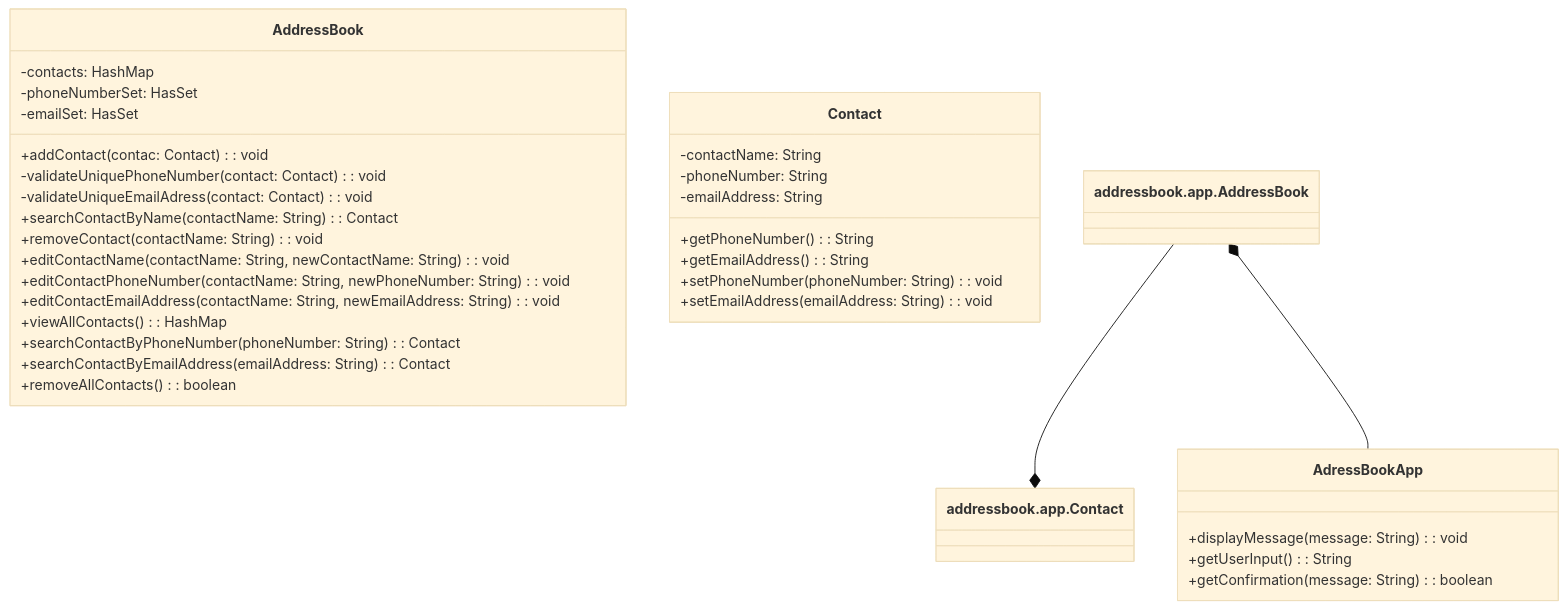
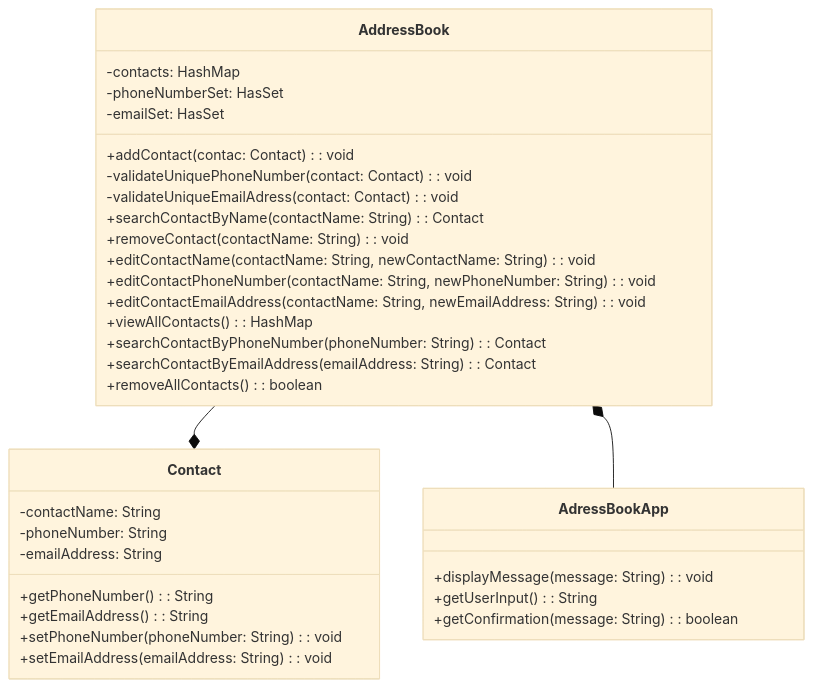
One commit to Cristina-Pat/address-book changed the diagram in docs/domain-models-test-plan.md. Above: the diagram before and after it, drawn with Mermaid (base theme). The commit also changed other lines of this file and 2 other files, not shown here.

Commit message:
Implemented a simple REPL for user ineraction with the app

````diff
--- a/docs/domain-models-test-plan.md
+++ b/docs/domain-models-test-plan.md
@@ -60,43 +99,43 @@
 ``` mermaid
 classDiagram
   class AddressBook {
     %% these are the core features
     -contacts: HashMap<String, Contact> 
     -phoneNumberSet: HasSet<String>
     -emailSet: HasSet<String>
     +addContact(contac: Contact): void
     -validateUniquePhoneNumber(contact: Contact): void
     -validateUniqueEmailAdress(contact: Contact): void
     +searchContactByName(contactName: String): Contact
     +removeContact(contactName: String): void
     +editContactName(contactName: String, newContactName: String): void
     +editContactPhoneNumber(contactName: String, newPhoneNumber: String): void
     +editContactEmailAddress(contactName: String, newEmailAddress: String): void
     +viewAllContacts(): HashMap<String, Contact>
     %% these are the aditional features
     +searchContactByPhoneNumber(phoneNumber: String): Contact
     +searchContactByEmailAddress(emailAddress: String): Contact
     +removeAllContacts(): boolean
   }
 
   class Contact {
     -contactName: String
     -phoneNumber: String
     -emailAddress: String
     +getPhoneNumber(): String
     +getEmailAddress(): String
     +setPhoneNumber(phoneNumber: String): void
     +setEmailAddress(emailAddress: String): void
   }
 
 
   class AdressBookApp {
     +displayMessage(message: String): void
     +getUserInput(): String
     %% This is a part of the aditional features
     +getConfirmation(message: String): boolean
   }
 
-  addressbook.app.AddressBook --* addressbook.app.Contact
-  addressbook.app.AddressBook *-- AdressBookApp
+  AddressBook --* Contact
+  AddressBook *-- AdressBookApp
 ```
````
